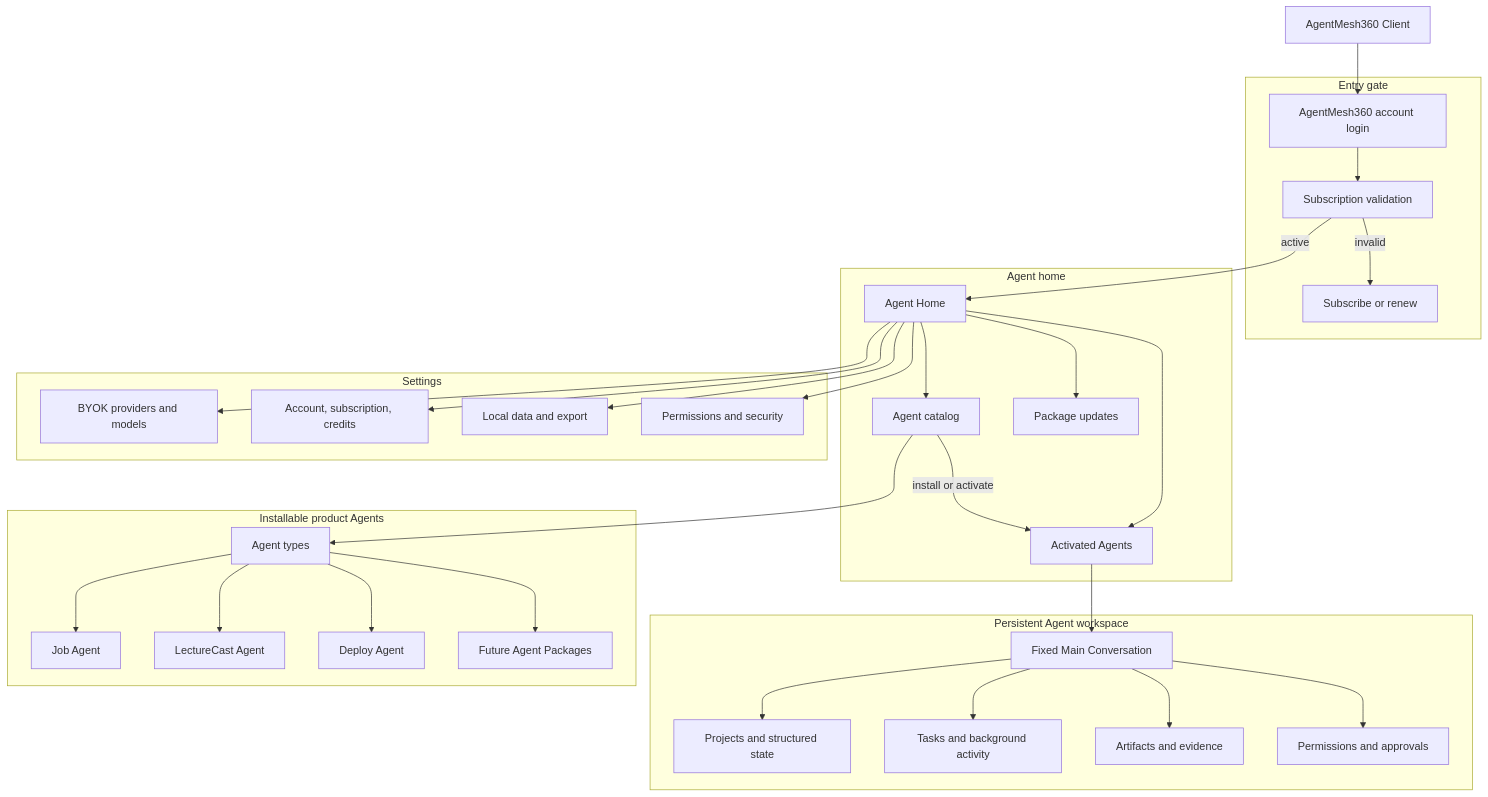
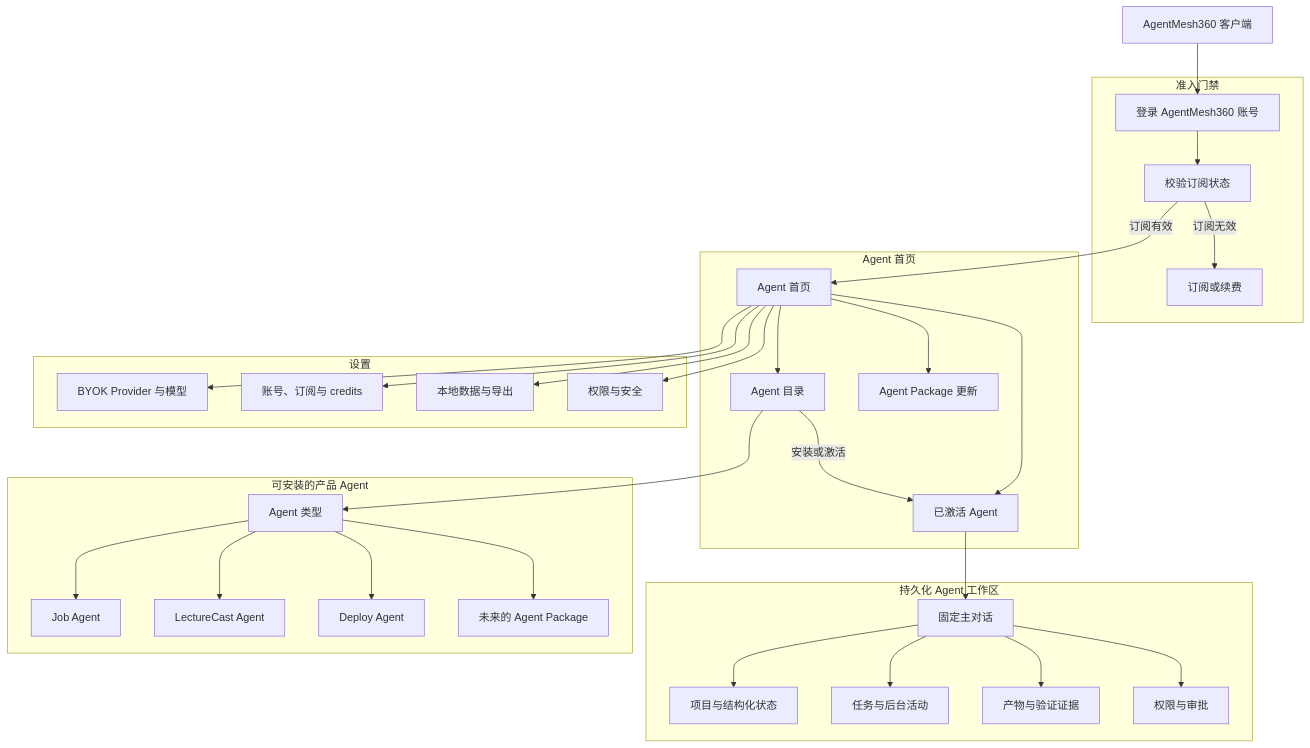
One commit to jiyangnan/AgentMesh360-Client changed the first of 8 diagrams in docs/architecture/PRODUCT_BLUEPRINT.md. Above: the diagram before and after it, drawn with Mermaid. The commit also changed other lines of this file and 2 other files, not shown here.

Commit message:
docs: translate product blueprint to Chinese

````diff
--- a/docs/architecture/PRODUCT_BLUEPRINT.md
+++ b/docs/architecture/PRODUCT_BLUEPRINT.md
@@ -33,63 +32,63 @@
 ```mermaid
 flowchart TB
-    CLIENT["AgentMesh360 Client"]
+    CLIENT["AgentMesh360 客户端"]
 
-    subgraph ENTRY["Entry gate"]
-        LOGIN["AgentMesh360 account login"]
-        ENTITLEMENT["Subscription validation"]
-        PAYWALL["Subscribe or renew"]
+    subgraph ENTRY["准入门禁"]
+        LOGIN["登录 AgentMesh360 账号"]
+        ENTITLEMENT["校验订阅状态"]
+        PAYWALL["订阅或续费"]
     end
 
-    subgraph HOME["Agent home"]
-        HOME_NAV["Agent Home"]
-        CATALOG["Agent catalog"]
-        ACTIVE["Activated Agents"]
-        UPDATES["Package updates"]
+    subgraph HOME["Agent 首页"]
+        HOME_NAV["Agent 首页"]
+        CATALOG["Agent 目录"]
+        ACTIVE["已激活 Agent"]
+        UPDATES["Agent Package 更新"]
     end
 
-    subgraph WORKSPACE["Persistent Agent workspace"]
-        MAIN["Fixed Main Conversation"]
-        PROJECTS["Projects and structured state"]
-        TASKS["Tasks and background activity"]
-        ARTIFACTS["Artifacts and evidence"]
-        APPROVALS["Permissions and approvals"]
+    subgraph WORKSPACE["持久化 Agent 工作区"]
+        MAIN["固定主对话"]
+        PROJECTS["项目与结构化状态"]
+        TASKS["任务与后台活动"]
+        ARTIFACTS["产物与验证证据"]
+        APPROVALS["权限与审批"]
     end
 
-    subgraph SETTINGS["Settings"]
-        PROVIDERS["BYOK providers and models"]
-        ACCOUNT["Account, subscription, credits"]
-        DATA["Local data and export"]
-        SECURITY["Permissions and security"]
+    subgraph SETTINGS["设置"]
+        PROVIDERS["BYOK Provider 与模型"]
+        ACCOUNT["账号、订阅与 credits"]
+        DATA["本地数据与导出"]
+        SECURITY["权限与安全"]
     end
 
-    subgraph AGENTS["Installable product Agents"]
-        TYPES["Agent types"]
+    subgraph AGENTS["可安装的产品 Agent"]
+        TYPES["Agent 类型"]
         JOB["Job Agent"]
         LECTURE["LectureCast Agent"]
         DEPLOY["Deploy Agent"]
-        FUTURE["Future Agent Packages"]
+        FUTURE["未来的 Agent Package"]
     end
 
     CLIENT --> LOGIN
     LOGIN --> ENTITLEMENT
-    ENTITLEMENT -->|"invalid"| PAYWALL
-    ENTITLEMENT -->|"active"| HOME_NAV
+    ENTITLEMENT -->|"订阅无效"| PAYWALL
+    ENTITLEMENT -->|"订阅有效"| HOME_NAV
     HOME_NAV --> CATALOG
     HOME_NAV --> ACTIVE
     HOME_NAV --> UPDATES
     HOME_NAV --> PROVIDERS
     HOME_NAV --> ACCOUNT
     HOME_NAV --> DATA
     HOME_NAV --> SECURITY
     CATALOG --> TYPES
     TYPES --> JOB
     TYPES --> LECTURE
     TYPES --> DEPLOY
     TYPES --> FUTURE
-    CATALOG -->|"install or activate"| ACTIVE
+    CATALOG -->|"安装或激活"| ACTIVE
     ACTIVE --> MAIN
     MAIN --> PROJECTS
     MAIN --> TASKS
     MAIN --> ARTIFACTS
     MAIN --> APPROVALS
 ```
````
